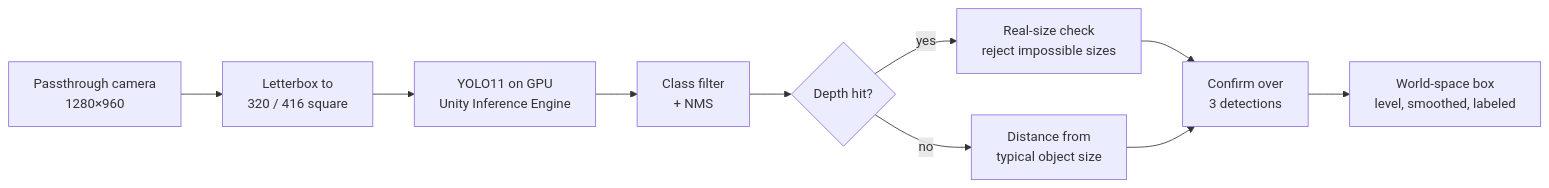
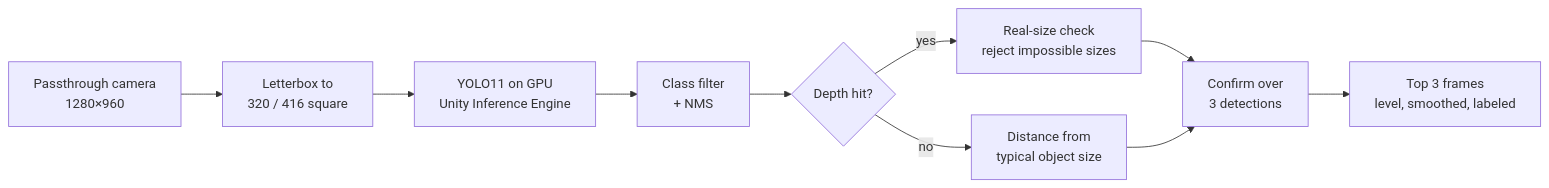
Before and after one commit to Skerpsh/New-Vision: the first of 2 diagrams in README.md, drawn with Mermaid. The commit also changed other lines of this file and 1 other file, not shown here.

````diff
--- a/README.md
+++ b/README.md
@@ -34,12 +60,12 @@
 ```mermaid
 flowchart LR
     A[Passthrough camera<br/>1280×960] --> B[Letterbox to<br/>320 / 416 square]
     B --> C[YOLO11 on GPU<br/>Unity Inference Engine]
     C --> D[Class filter<br/>+ NMS]
     D --> E{Depth hit?}
     E -- yes --> F[Real-size check<br/>reject impossible sizes]
     E -- no --> G[Distance from<br/>typical object size]
     F --> H[Confirm over<br/>3 detections]
     G --> H
-    H --> I[World-space box<br/>level, smoothed, labeled]
+    H --> I[Top 3 frames<br/>level, smoothed, labeled]
 ```
````
